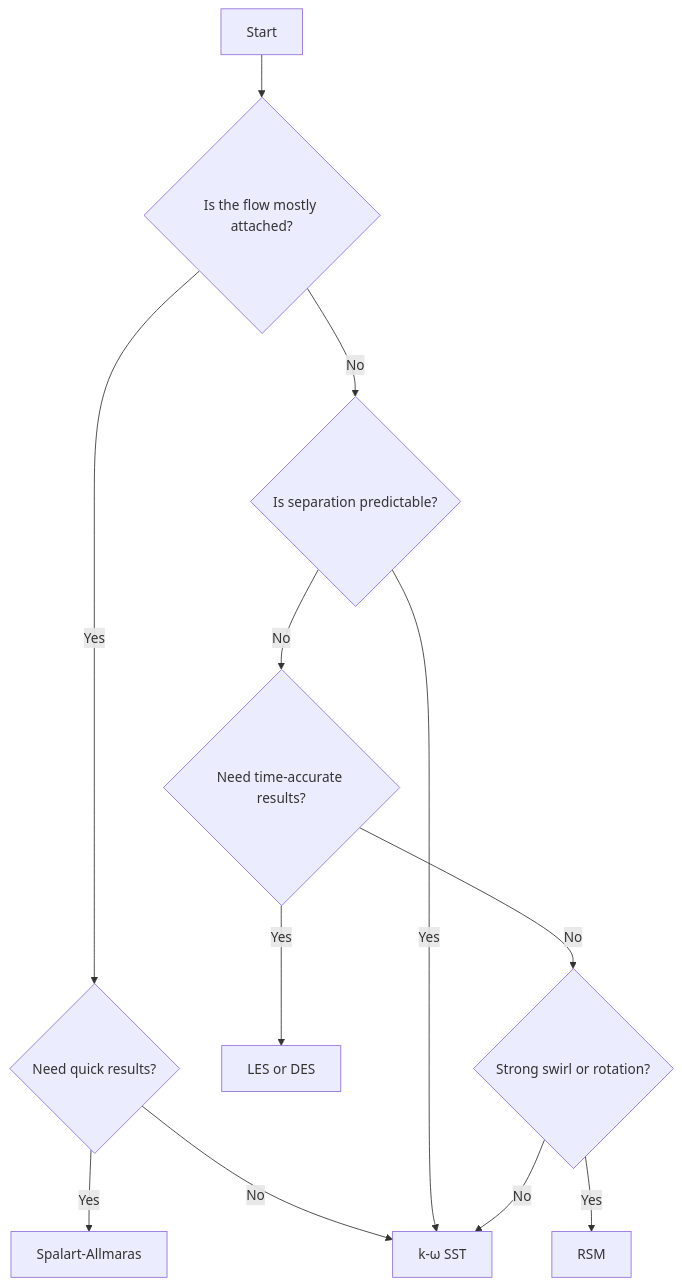
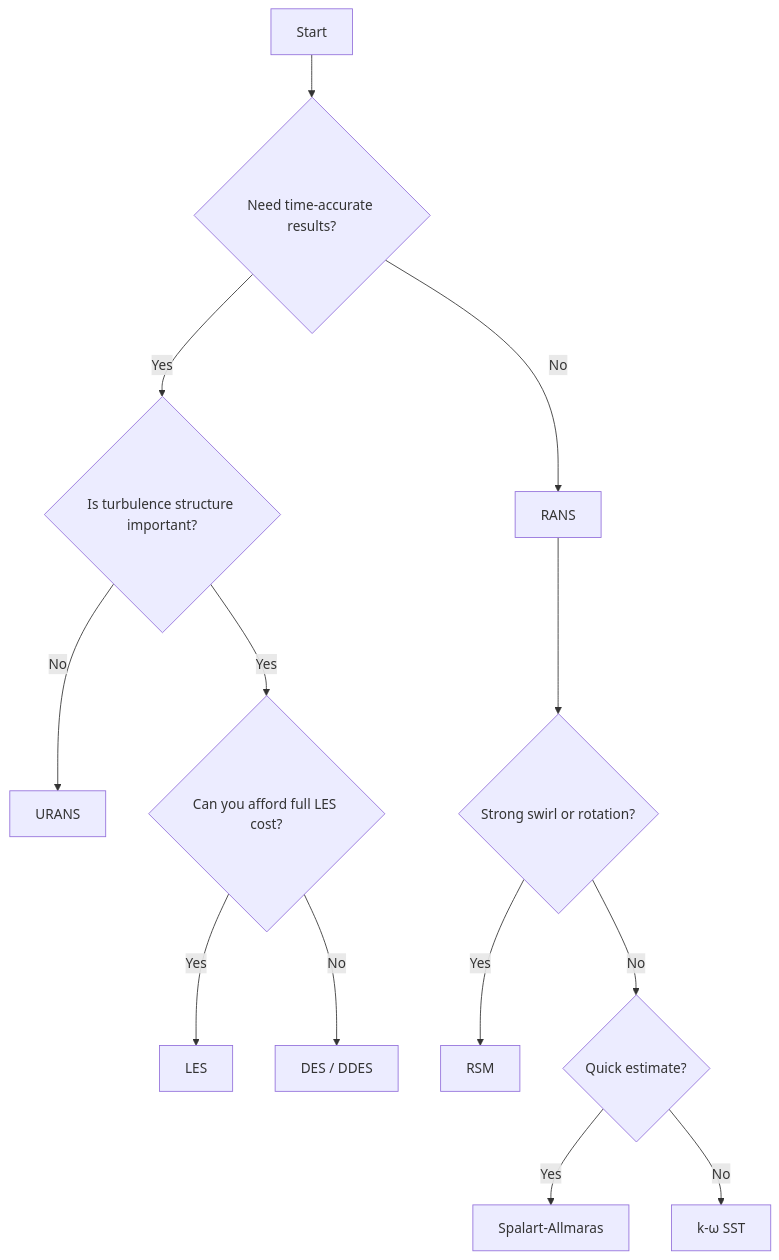
One commit to gradient-dynamics/docs changed the diagram in simulation/turbulence-models.md. Above: the diagram before and after it, drawn with Mermaid. The commit also changed other lines of this file and 72 other files, not shown here.

````diff
--- a/simulation/turbulence-models.md
+++ b/simulation/turbulence-models.md
@@ -128,14 +294,15 @@
 ```{mermaid}
 flowchart TD
-    A[Start] --> B{Is the flow mostly attached?}
-    B -->|Yes| C{Need quick results?}
-    B -->|No| D{Is separation predictable?}
-    C -->|Yes| E[Spalart-Allmaras]
-    C -->|No| F[k-ω SST]
-    D -->|Yes| F
-    D -->|No| G{Need time-accurate results?}
-    G -->|Yes| H[LES or DES]
-    G -->|No| I{Strong swirl or rotation?}
+    A[Start] --> B{Need time-accurate results?}
+    B -->|No| C[RANS]
+    B -->|Yes| D{Is turbulence structure important?}
+    D -->|No| E[URANS]
+    D -->|Yes| F{Can you afford full LES cost?}
+    F -->|Yes| G[LES]
+    F -->|No| H[DES / DDES]
+    C --> I{Strong swirl or rotation?}
     I -->|Yes| J[RSM]
-    I -->|No| F
+    I -->|No| K{Quick estimate?}
+    K -->|Yes| L[Spalart-Allmaras]
+    K -->|No| M[k-ω SST]
 ```
````
